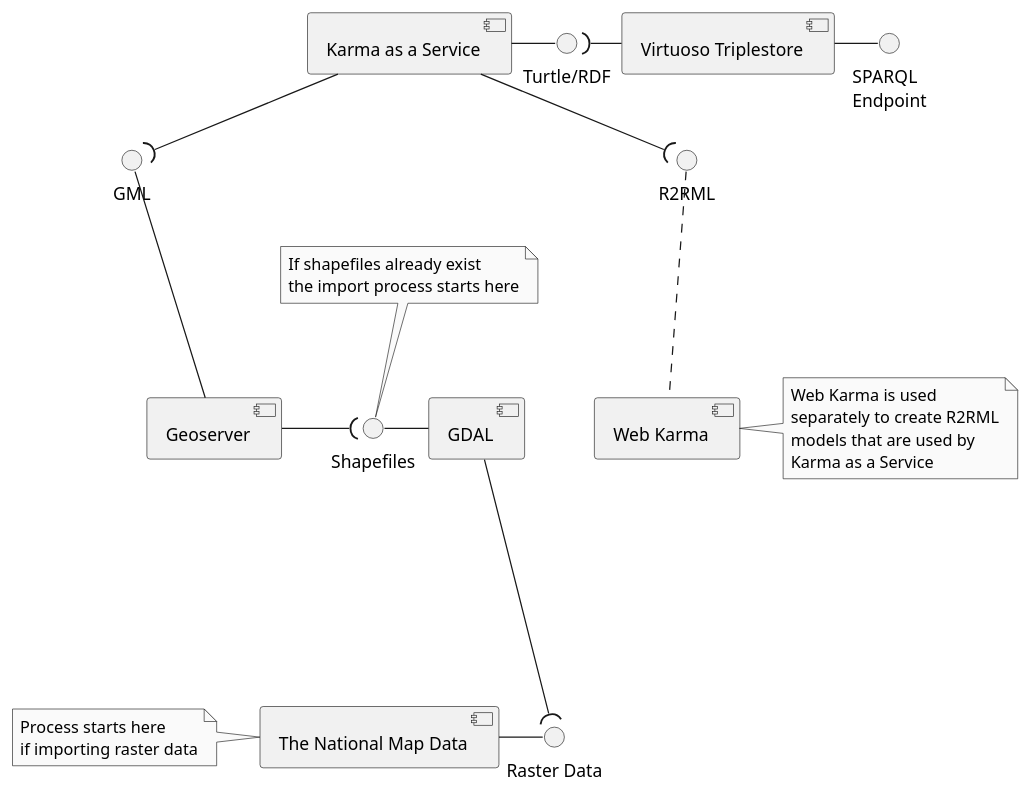
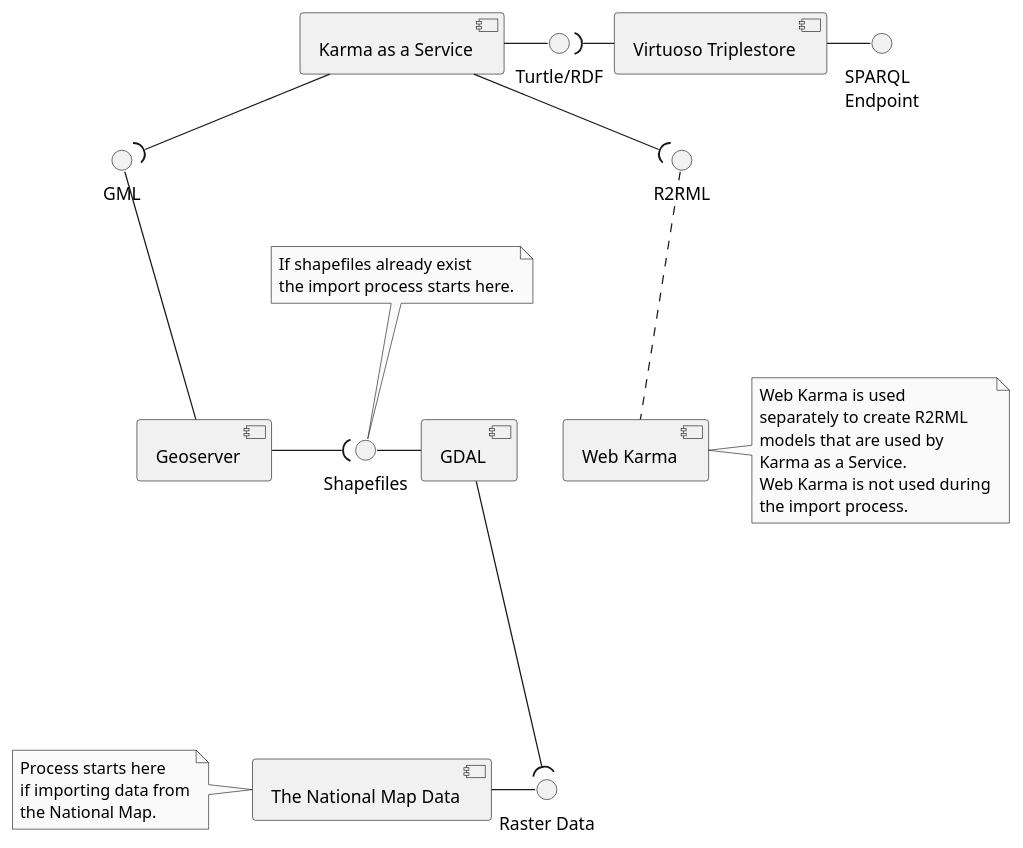
The diagram in makb-devops/diagrams/Import Process.wsd (Jacoscript/mapkb-docker-container), drawn with PlantUML before and after one commit.

Commit message:
Removed 'raster' from TNM note

```diff
--- a/makb-devops/diagrams/Import Process.wsd
+++ b/makb-devops/diagrams/Import Process.wsd
@@ -1,43 +1,46 @@
 @startuml "MapKB Data Import Process"
 skinparam monochrome true
 interface "SPARQL\nEndpoint" as sparql
 interface "Raster Data" as raster
 interface GML as gml
 interface R2RML as r2rml
 interface "Turtle/RDF" as rdf
 interface "Shapefiles" as shapefiles
 [Virtuoso Triplestore] as virtuoso
 [Geoserver] as geoserver
 [Karma as a Service] as kaas
 [Web Karma] as wk
 [GDAL] as gdal
 [The National Map Data] as tnm
 wk --[hidden]-- kaas
 geoserver --[hidden]-- kaas
 gdal --[hidden]-- tnm
 kaas -( gml
 gml - geoserver
 r2rml . wk
 kaas -( r2rml
 kaas - rdf
 rdf )- virtuoso
 shapefiles - gdal
 geoserver -( shapefiles
 tnm - raster
 raster )- gdal
 virtuoso - sparql
 note right of wk
     Web Karma is used 
     separately to create R2RML
     models that are used by
-    Karma as a Service 
+    Karma as a Service.
+    Web Karma is not used during
+    the import process.
 end note
 note left of tnm
     Process starts here 
-    if importing raster data
+    if importing data from
+    the National Map.
 end note
 note top of shapefiles
     If shapefiles already exist 
-    the import process starts here
+    the import process starts here.
 end note
 @enduml
```
